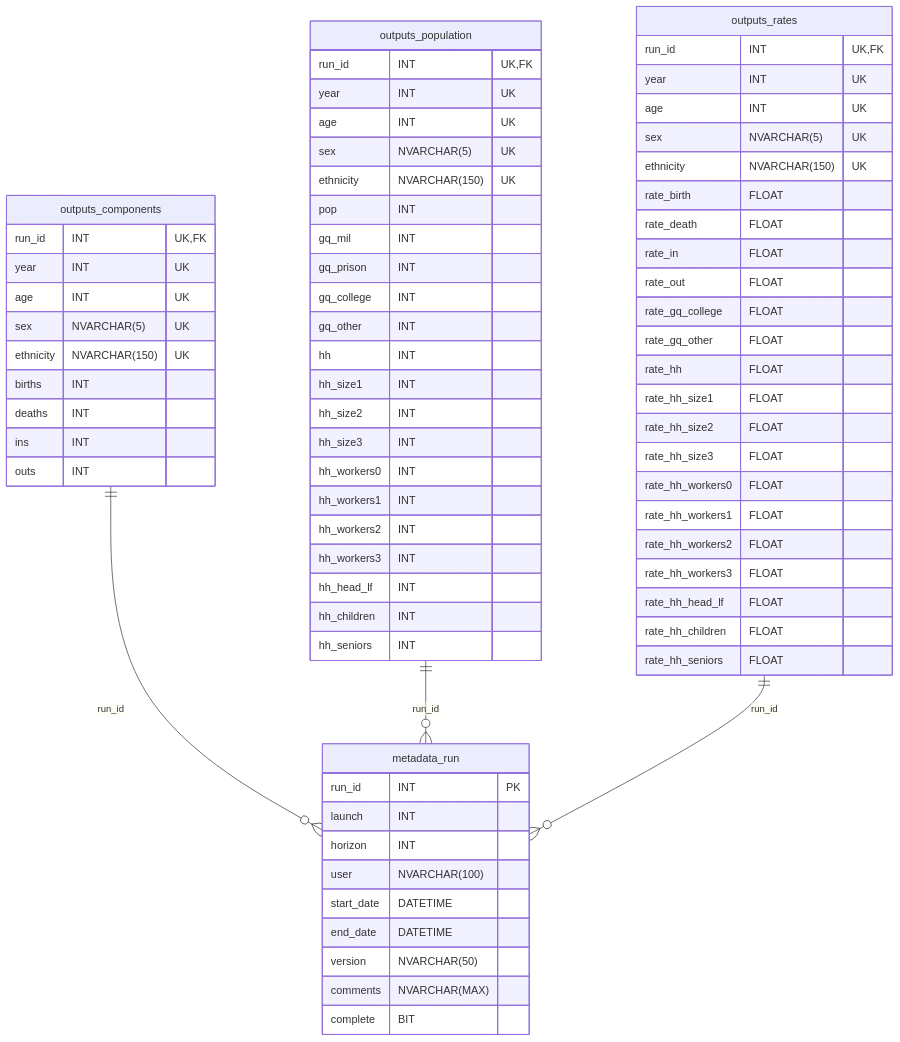
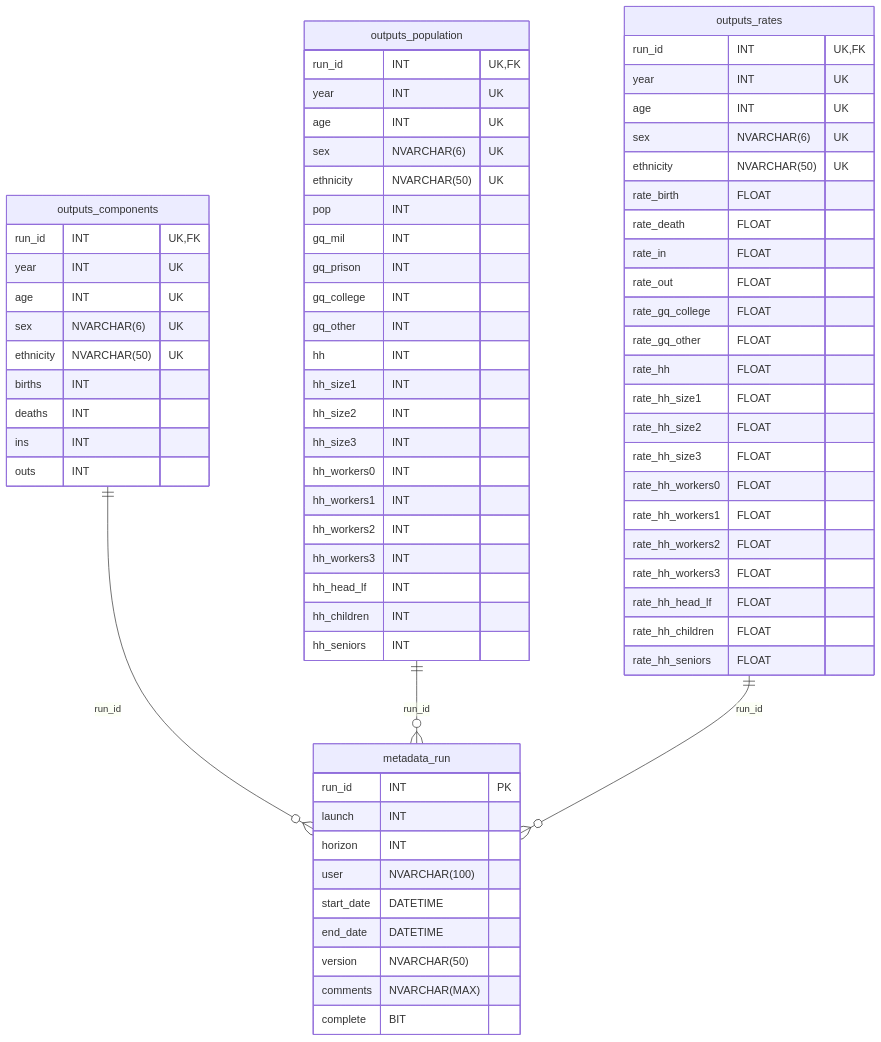
One commit to SANDAG/Cohort-Component-Model changed the diagram in README.md. Above: the diagram before and after it, drawn with Mermaid. The commit also changed 1 other file, not shown here.

Commit message:
#184 - adjust string lengths

````diff
--- a/README.md
+++ b/README.md
@@ -83,81 +83,81 @@
 ```mermaid
 erDiagram
 direction TB
 
     metadata_run {
         run_id INT PK
         launch INT
         horizon INT
         user NVARCHAR(100)
         start_date DATETIME
         end_date DATETIME
         version NVARCHAR(50)
         comments NVARCHAR(MAX)
         complete BIT
     }
 
     outputs_components {
         run_id INT UK, FK
         year INT UK
         age INT UK
-        sex NVARCHAR(5) UK
-        ethnicity NVARCHAR(150) UK
+        sex NVARCHAR(6) UK
+        ethnicity NVARCHAR(50) UK
         births INT
         deaths INT
         ins INT
         outs INT
     }
 
     outputs_population {
         run_id INT UK, FK
         year INT UK
         age INT UK
-        sex NVARCHAR(5) UK
-        ethnicity NVARCHAR(150) UK
+        sex NVARCHAR(6) UK
+        ethnicity NVARCHAR(50) UK
         pop INT
         gq_mil INT
         gq_prison INT
         gq_college INT
         gq_other INT
         hh INT
         hh_size1 INT
         hh_size2 INT
         hh_size3 INT
         hh_workers0 INT
         hh_workers1 INT
         hh_workers2 INT
         hh_workers3 INT
         hh_head_lf INT
         hh_children INT
         hh_seniors INT
     }
     
     outputs_rates {
         run_id INT UK, FK
         year INT UK
         age INT UK
-        sex NVARCHAR(5) UK
-        ethnicity NVARCHAR(150) UK
+        sex NVARCHAR(6) UK
+        ethnicity NVARCHAR(50) UK
         rate_birth FLOAT
         rate_death FLOAT
         rate_in FLOAT
         rate_out FLOAT
         rate_gq_college FLOAT
         rate_gq_other FLOAT
         rate_hh FLOAT
         rate_hh_size1 FLOAT
         rate_hh_size2 FLOAT
         rate_hh_size3 FLOAT
         rate_hh_workers0 FLOAT
         rate_hh_workers1 FLOAT
         rate_hh_workers2 FLOAT
         rate_hh_workers3 FLOAT
         rate_hh_head_lf FLOAT
         rate_hh_children FLOAT
         rate_hh_seniors FLOAT
     }
 
     outputs_components ||--o{ metadata_run : "run_id"
     outputs_population ||--o{ metadata_run : "run_id"
     outputs_rates ||--o{ metadata_run : "run_id"
 ```
````
